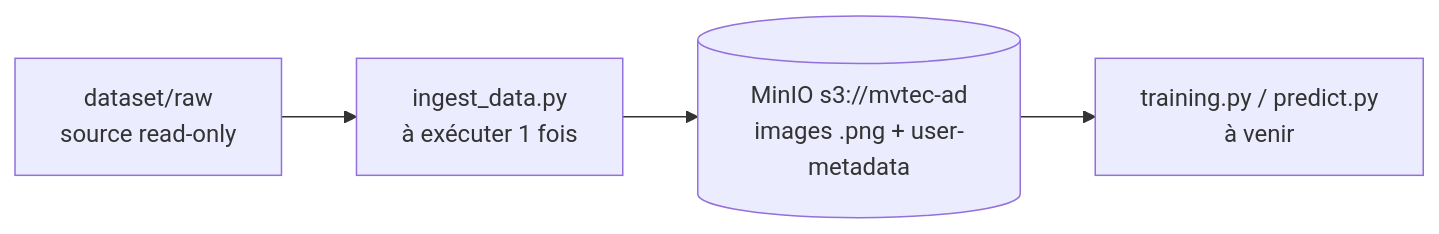
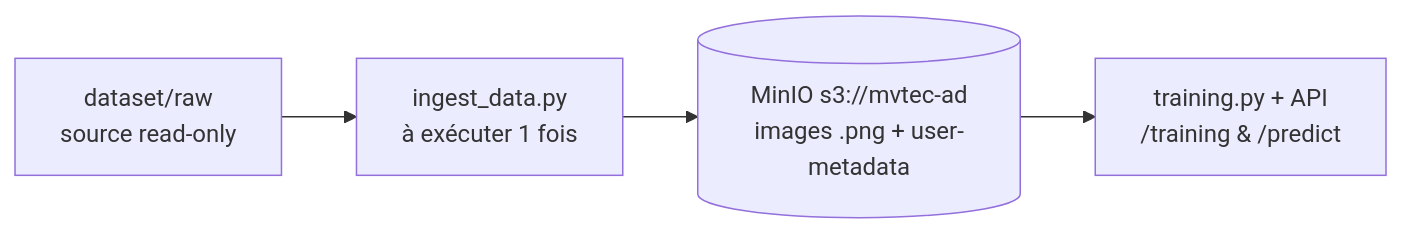
Before and after one commit to alexmckme/avr26_bmle_mlops_anomaliesindus_test: the diagram in README.md, drawn with Mermaid. The commit also changed other lines of this file and 6 other files, not shown here.

Commit message:
add training and predict routes for API

````diff
--- a/README.md
+++ b/README.md
@@ -19,6 +20,6 @@
 ```mermaid
 flowchart LR
     A[dataset/raw<br/>source read-only] --> B[ingest_data.py<br/>à exécuter 1 fois]
     B --> C[(MinIO s3://mvtec-ad<br/>images .png + user-metadata)]
-    C --> D[training.py / predict.py<br/>à venir]
+    C --> D[training.py + API<br/>/training & /predict]
 ```
````
